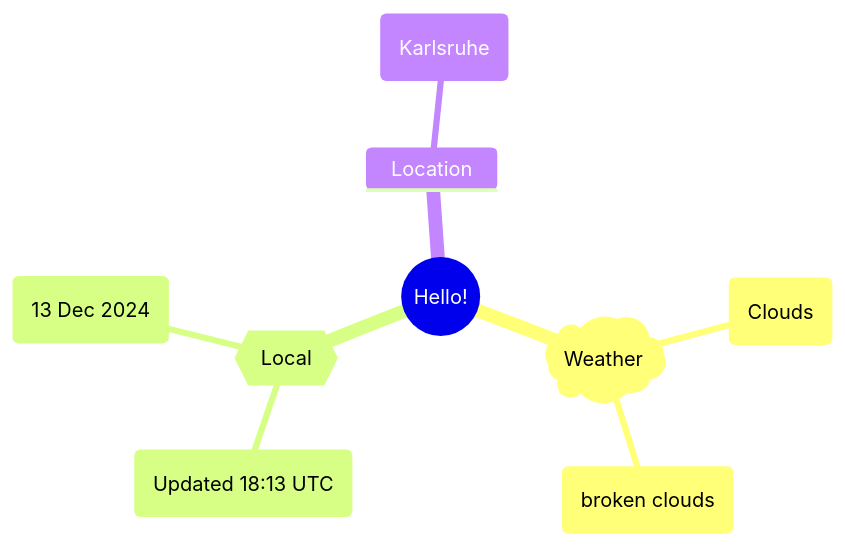
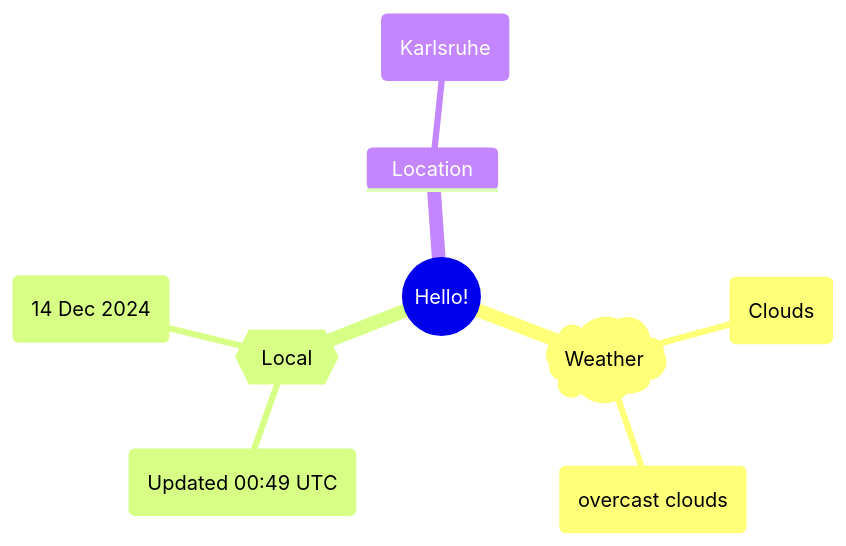
The first of 2 diagrams in README.md (Xosrov/Xosrov), drawn with Mermaid before and after one commit.

Commit message:
[bot] updated images

````diff
--- a/README.md
+++ b/README.md
@@ -3,12 +3,12 @@
 ```mermaid
 mindmap
   root((Hello!))
     )Weather(
         (Clouds)
-        (broken clouds)
+        (overcast clouds)
     {{Local}}
-        (Updated 18:13 UTC)
-        (13 Dec 2024)
+        (Updated 00:49 UTC)
+        (14 Dec 2024)
     Location
         (Karlsruhe)
 ```
````
